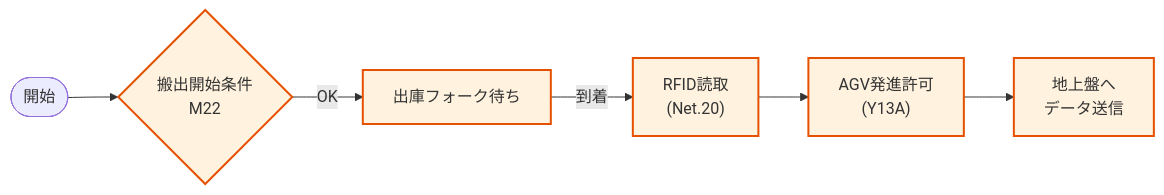
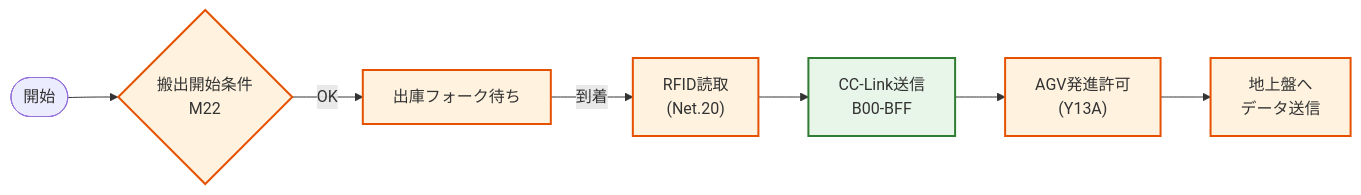
The tenth of 10 diagrams in doc/plc_flowcharts.md (iceplantengineering/YTEC), drawn with Mermaid before and after one commit. The commit also changed other lines of this file and 5 other files, not shown here.

````diff
--- a/doc/plc_flowcharts.md
+++ b/doc/plc_flowcharts.md
@@ -171,12 +305,15 @@
 ```mermaid
 flowchart LR
     Start([開始]) --> Check{"搬出開始条件<br/>M22"}
     Check -- OK --> Wait[出庫フォーク待ち]
     Wait -- 到着 --> RFID["RFID読取<br/>(Net.20)"]
-    
-    RFID --> Handshake["AGV発進許可<br/>(Y13A)"]
+
+    RFID --> CCLinkTx["CC-Link送信<br/>B00-BFF"]
+    CCLinkTx --> Handshake["AGV発進許可<br/>(Y13A)"]
     Handshake --> Send["地上盤へ<br/>データ送信"]
-    
+
     classDef process fill:#fff3e0,stroke:#e65100,stroke-width:2px;
+    classDef cclink fill:#e8f5e9,stroke:#2e7d32,stroke-width:2px;
     class Check,Wait,RFID,Handshake,Send process;
+    class CCLinkTx cclink;
 ```
````
